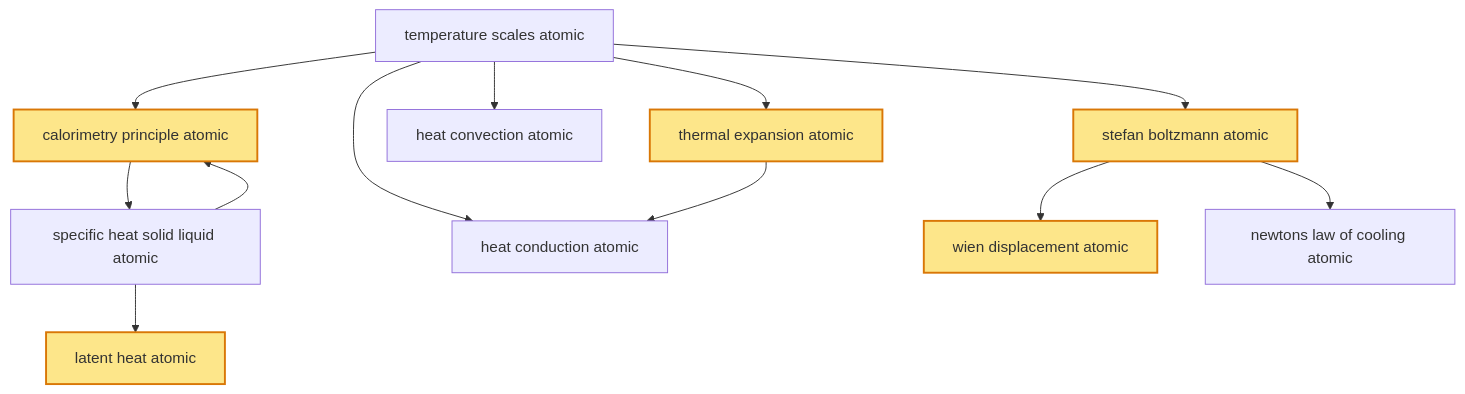
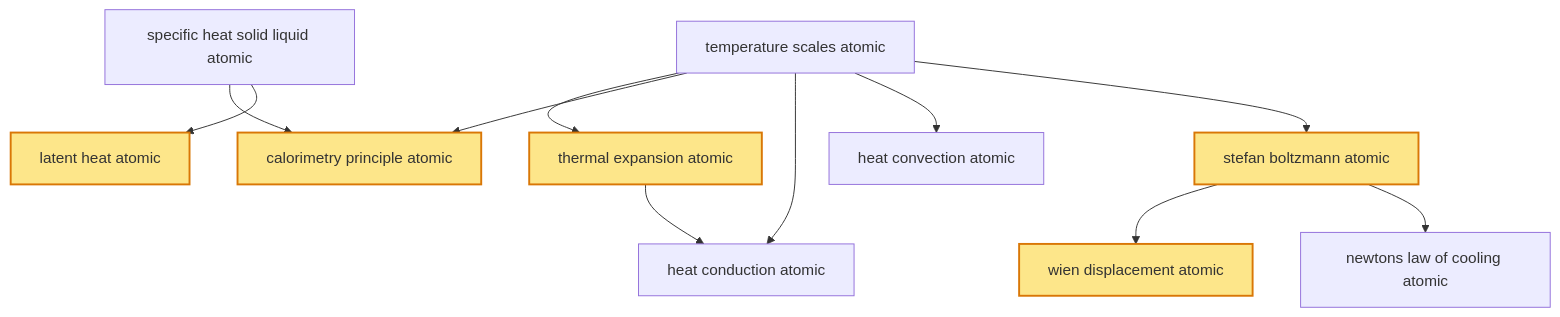
Before and after one commit to nagapuripradeep02-web/Physics-mind: the diagram in docs/exports/chapters/chapter-25-thermal-properties.md, drawn with Mermaid. The commit also changed other lines of this file and 13 other files, not shown here.

````diff
--- a/docs/exports/chapters/chapter-25-thermal-properties.md
+++ b/docs/exports/chapters/chapter-25-thermal-properties.md
@@ -14,26 +12,25 @@
 ```mermaid
 graph TD
   c0["temperature scales atomic"]
   c1["thermal expansion atomic"]
   c2["calorimetry principle atomic"]
   c3["specific heat solid liquid atomic"]
   c4["latent heat atomic"]
   c5["heat conduction atomic"]
   c6["heat convection atomic"]
   c7["stefan boltzmann atomic"]
   c8["wien displacement atomic"]
   c9["newtons law of cooling atomic"]
   c0 --> c1
   c0 --> c2
   c3 --> c2
-  c2 --> c3
   c3 --> c4
   c0 --> c5
   c1 --> c5
   c0 --> c6
   c0 --> c7
   c7 --> c8
   c7 --> c9
   classDef diamond fill:#fde68a,stroke:#d97706,stroke-width:2px;
   class c1,c2,c4,c7,c8 diamond;
 ```
````
